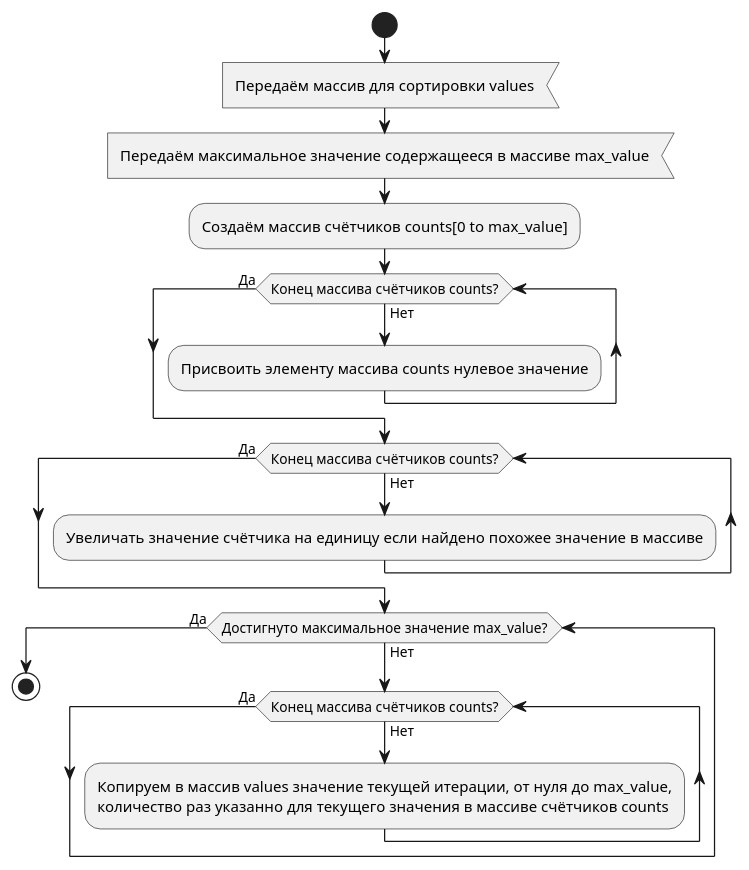
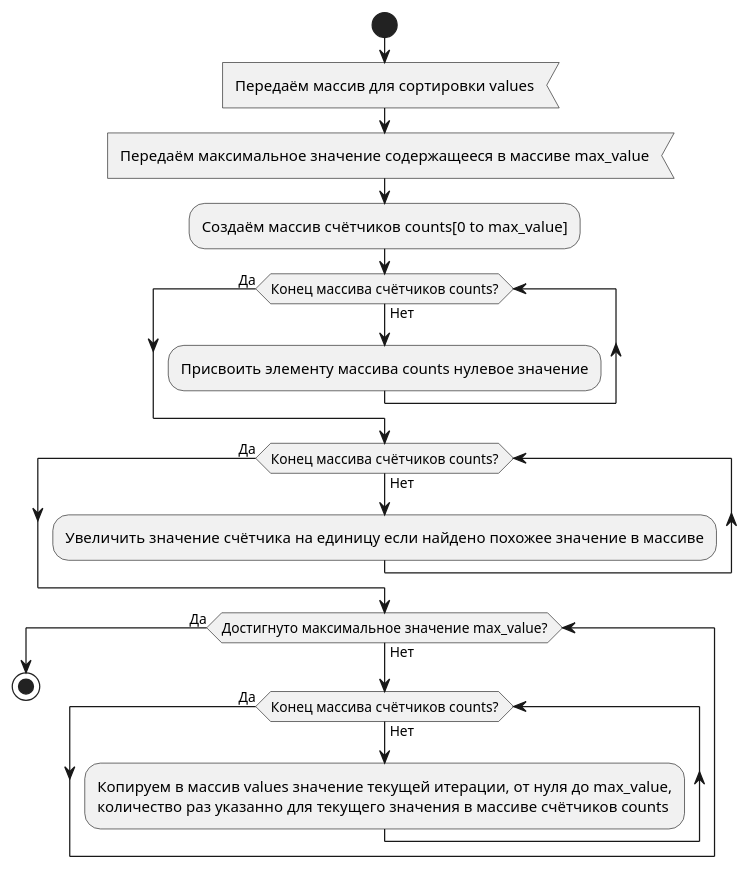
One commit to YA-NDT/IC-ADSC-TD changed the diagram in Scenarios/5.3. Counting Sort.puml. Above: the diagram before and after it, drawn with PlantUML. The commit also changed 1 other file, not shown here.

```diff
--- a/Scenarios/5.3. Counting Sort.puml
+++ b/Scenarios/5.3. Counting Sort.puml
@@ -1,23 +1,23 @@
 @startuml
 start
     :Передаём массив для сортировки values<
     :Передаём максимальное значение содержащееся в массиве max_value<
 
     :Создаём массив счётчиков counts[0 to max_value];
     
     while (Конец массива счётчиков counts?) is (Нет)
         :Присвоить элементу массива counts нулевое значение;
     endwhile (Да)
 
     while (Конец массива счётчиков counts?) is (Нет)
-        :Увеличать значение счётчика на единицу если найдено похожее значение в массиве;
+        :Увеличить значение счётчика на единицу если найдено похожее значение в массиве;
     endwhile (Да)
     
     while (Достигнуто максимальное значение max_value?) is (Нет)
         while (Конец массива счётчиков counts?) is (Нет)
             :Копируем в массив values значение текущей итерации, от нуля до max_value,
             количество раз указанно для текущего значения в массиве счётчиков counts;
         endwhile (Да)
     endwhile (Да)
 stop
 @enduml
```
